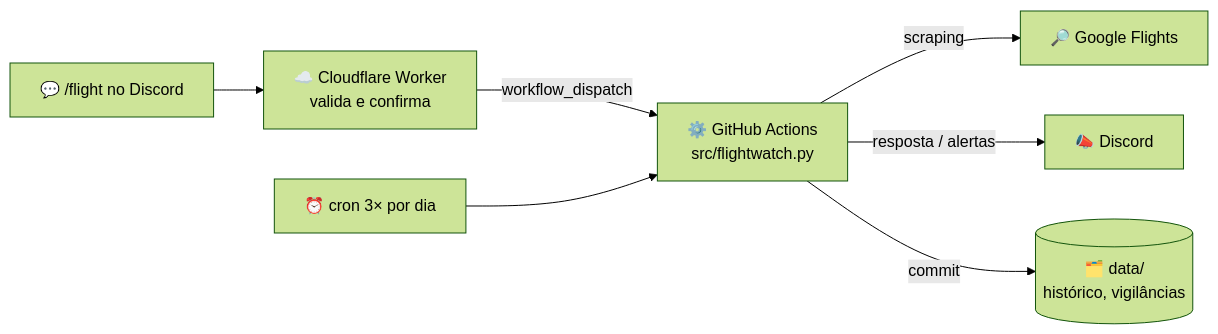
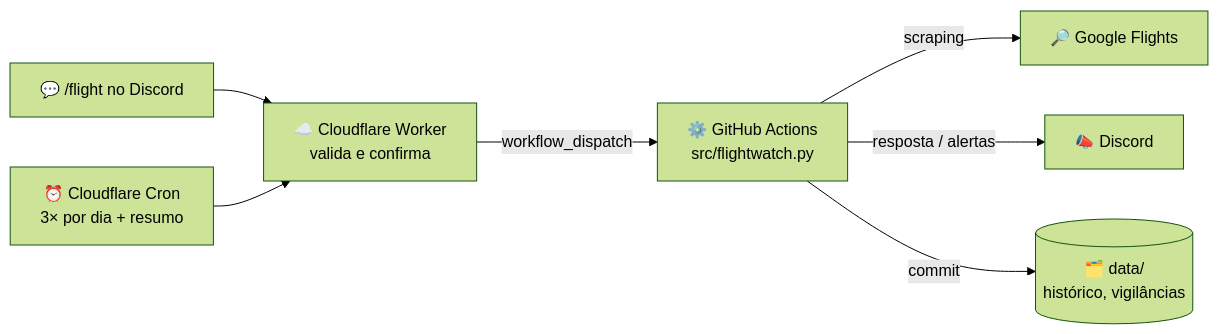
Before and after one commit to Jorge-Barbosa1/flightbot: the diagram in README.md, drawn with Mermaid (forest theme). The commit also changed other lines of this file and 4 other files, not shown here.

First line of the commit message:
Agendamentos passam para Cloudflare Cron (o GitHub atrasava 3-6 horas)

````diff
--- a/README.md
+++ b/README.md
@@ -81,9 +81,9 @@
 ```mermaid
 flowchart LR
     U["💬 /flight no Discord"] --> W["☁️ Cloudflare Worker<br/>valida e confirma"]
     W -->|workflow_dispatch| G["⚙️ GitHub Actions<br/>src/flightwatch.py"]
-    C["⏰ cron 3× por dia"] --> G
+    C["⏰ Cloudflare Cron<br/>3× por dia + resumo"] --> W
     G -->|scraping| F["🔎 Google Flights"]
     G -->|resposta / alertas| D["📣 Discord"]
     G -->|commit| R[("🗂️ data/<br/>histórico, vigilâncias")]
 ```
````
